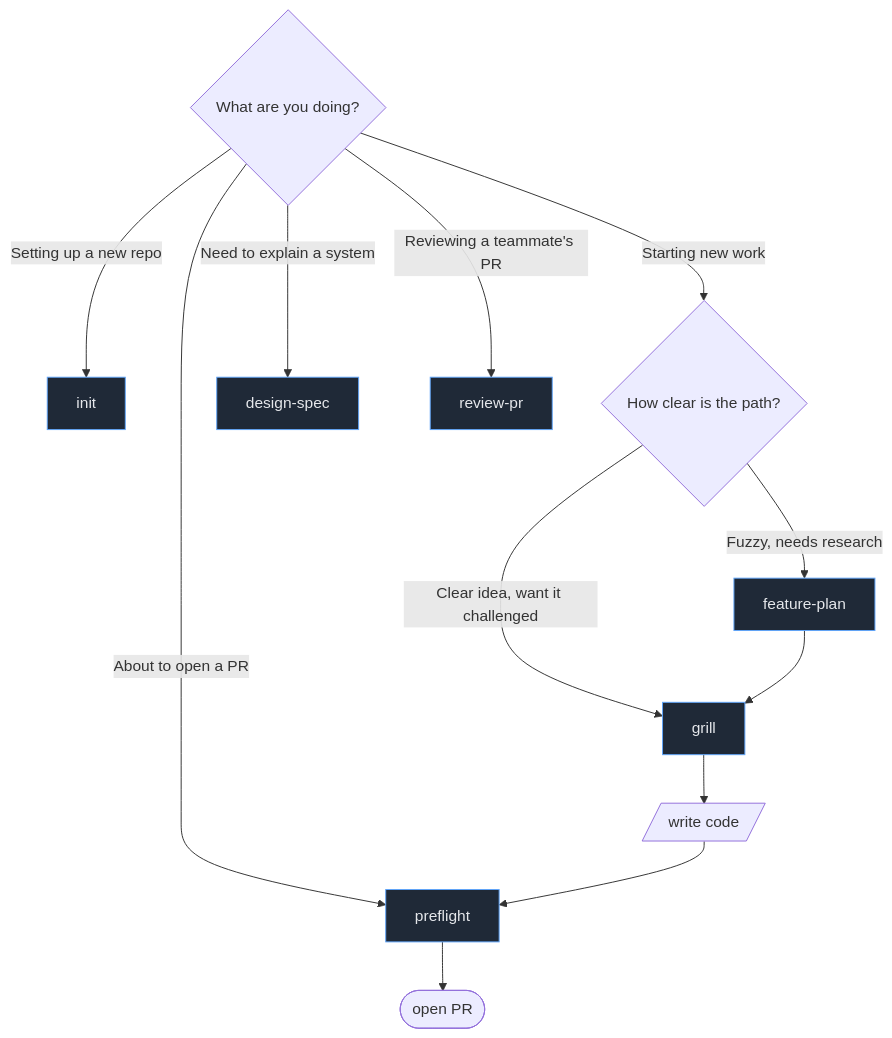
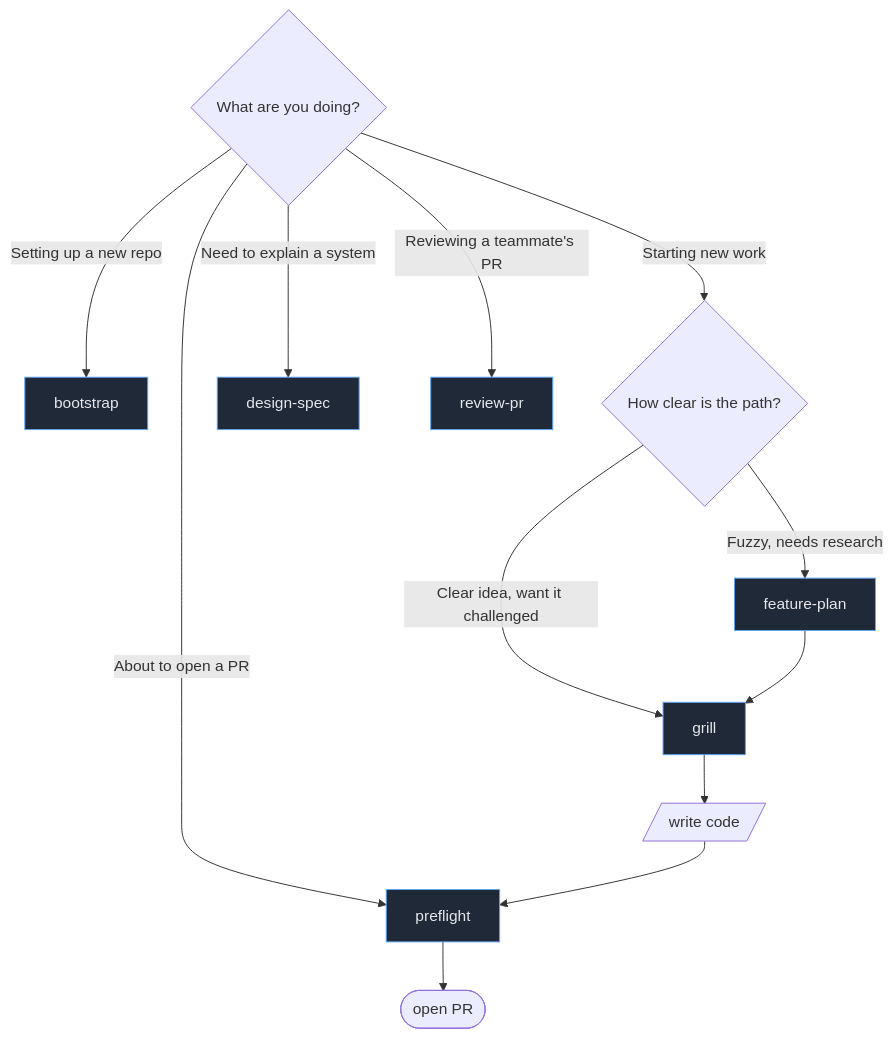
Before and after one commit to powerslider/nitpickle: the second of 5 diagrams in README.md, drawn with Mermaid. The commit also changed other lines of this file and 1 other file, not shown here.

First line of the commit message:
refactor: rename init skill to bootstrap, add glossary-drift trigger

````diff
--- a/README.md
+++ b/README.md
@@ -150,19 +151,19 @@
 ```mermaid
 flowchart TD
     Q{What are you doing?}
-    Q -->|Setting up a new repo| IN[init]
+    Q -->|Setting up a new repo| IN[bootstrap]
     Q -->|Starting new work| A{How clear is the path?}
     A -->|Fuzzy, needs research| FP[feature-plan]
     A -->|Clear idea, want it challenged| GR[grill]
     Q -->|Need to explain a system| DS[design-spec]
     Q -->|About to open a PR| PF[preflight]
     Q -->|Reviewing a teammate's PR| RV[review-pr]
 
     FP --> GR
     GR --> code[/write code/]
     code --> PF
     PF --> open([open PR])
 
     classDef s fill:#1f2937,stroke:#60a5fa,color:#e5e7eb
     class IN,FP,GR,DS,PF,RV s
 ```
````
